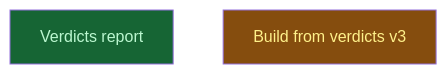
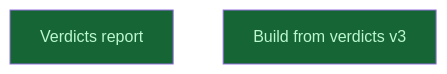
Before and after one commit to CrackingShells/Candler: the diagram in __roadmap__/m6b-surface-consolidation/consolidated/README.md, drawn with Mermaid. The commit also changed other lines of this file and 5 other files, not shown here.

````diff
--- a/__roadmap__/m6b-surface-consolidation/consolidated/README.md
+++ b/__roadmap__/m6b-surface-consolidation/consolidated/README.md
@@ -19,10 +19,10 @@
 ```mermaid
 graph TD
     verdicts[Verdicts report]:::done
-    build[Build from verdicts v3]:::inprogress
+    build[Build from verdicts v3]:::done
     classDef done       fill:#166534,color:#bbf7d0
     classDef inprogress fill:#854d0e,color:#fef08a
     classDef planned    fill:#374151,color:#e5e7eb
     classDef amendment  fill:#1e3a5f,color:#bfdbfe
     classDef blocked    fill:#7f1d1d,color:#fecaca
 ```
````
